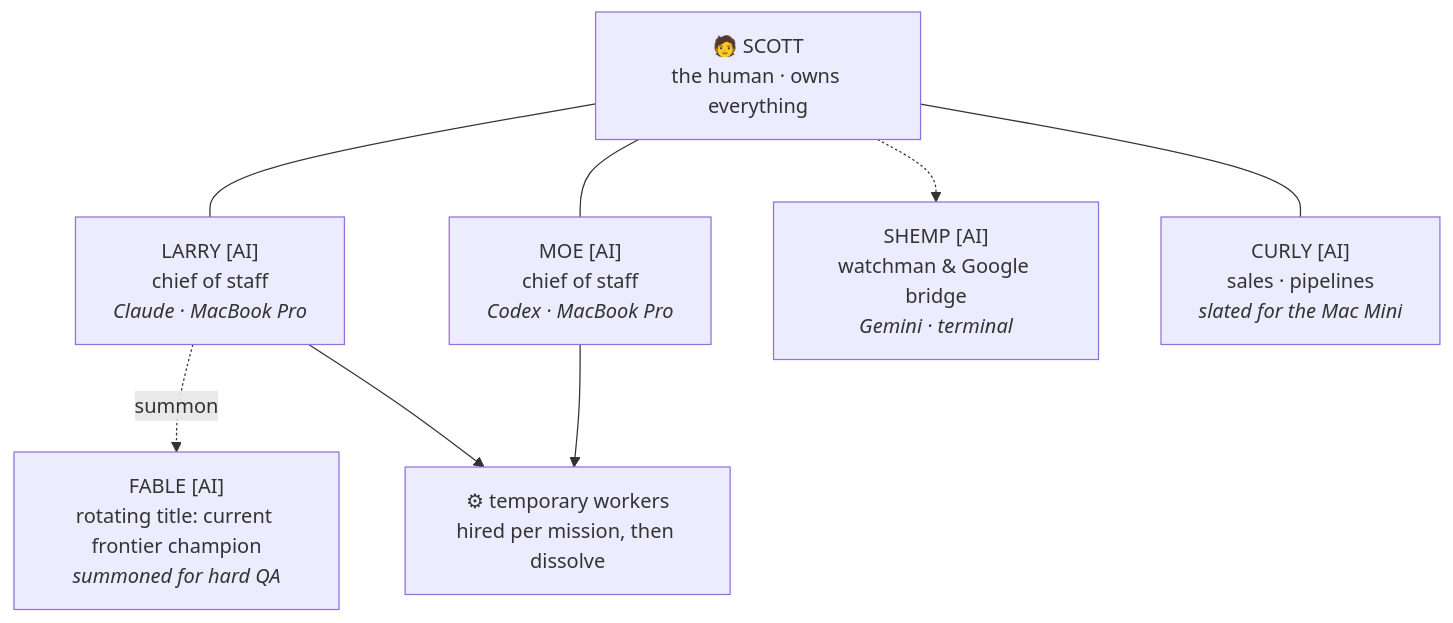
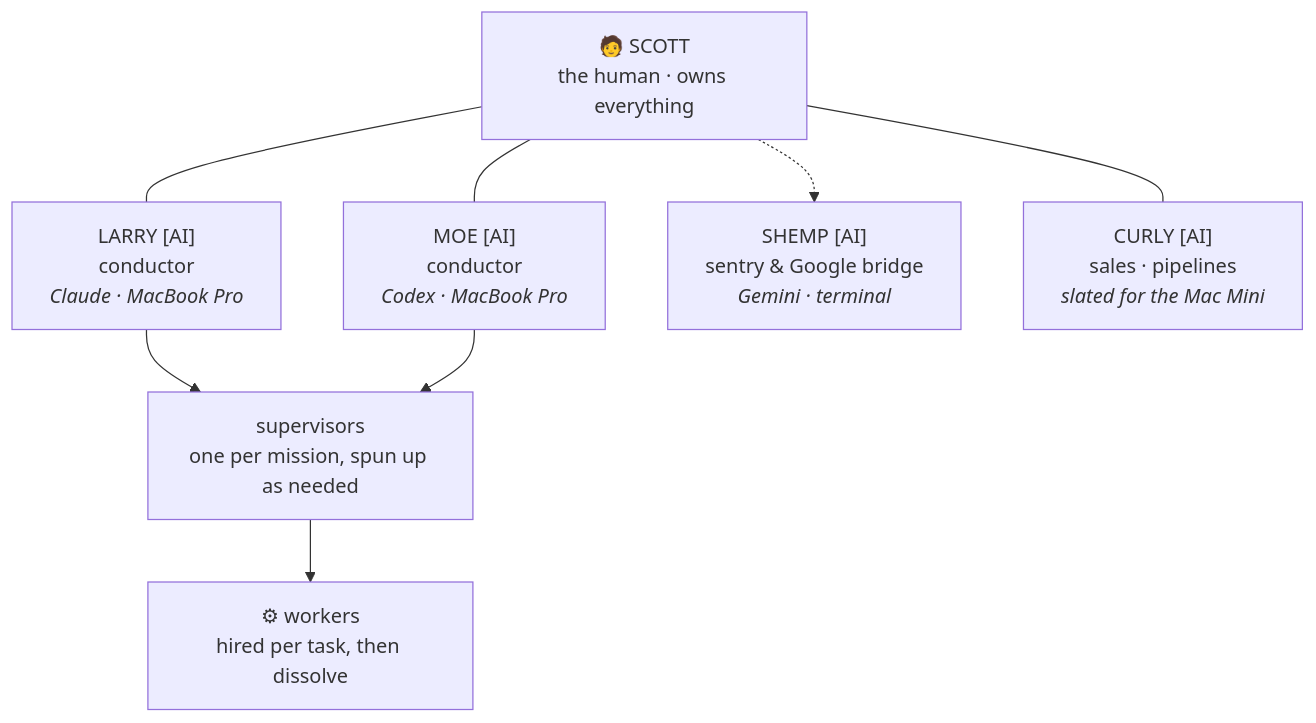
One commit to Scottpedia0/_ao changed the first of 6 diagrams in guide.md. Above: the diagram before and after it, drawn with Mermaid. The commit also changed other lines of this file and 1 other file, not shown here.

First line of the commit message:
guide r13-team: the chart tells the truth — conductors, not chiefs; Fable is a title

````diff
--- a/guide.md
+++ b/guide.md
@@ -51,17 +53,17 @@
 ```mermaid
 flowchart TD
     S["🧑 SCOTT<br/>the human · owns everything"]
-    L["LARRY [AI]<br/>chief of staff<br/><i>Claude · MacBook Pro</i>"]
-    M["MOE [AI]<br/>chief of staff<br/><i>Codex · MacBook Pro</i>"]
-    SH["SHEMP [AI]<br/>watchman & Google bridge<br/><i>Gemini · terminal</i>"]
+    L["LARRY [AI]<br/>conductor<br/><i>Claude · MacBook Pro</i>"]
+    M["MOE [AI]<br/>conductor<br/><i>Codex · MacBook Pro</i>"]
+    SH["SHEMP [AI]<br/>sentry & Google bridge<br/><i>Gemini · terminal</i>"]
     C["CURLY [AI]<br/>sales · pipelines<br/><i>slated for the Mac Mini</i>"]
-    F["FABLE [AI]<br/>rotating title: current frontier champion<br/><i>summoned for hard QA</i>"]
-    W["⚙ temporary workers<br/>hired per mission, then dissolve"]
+    SV["supervisors<br/>one per mission, spun up as needed"]
+    W["⚙ workers<br/>hired per task, then dissolve"]
     S --- L
     S --- M
     S -.-> SH
     S --- C
-    L -.summon.-> F
-    L --> W
-    M --> W
+    L --> SV
+    M --> SV
+    SV --> W
 ```
````
